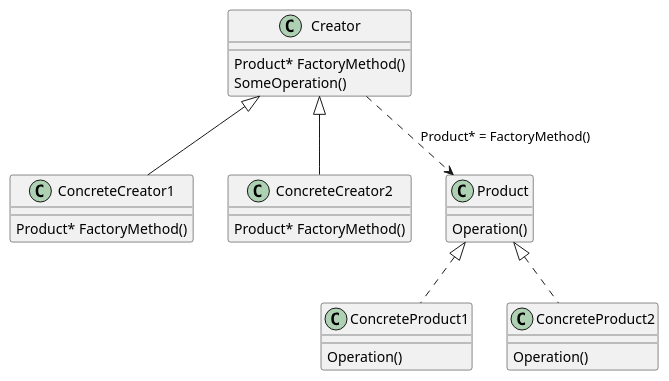
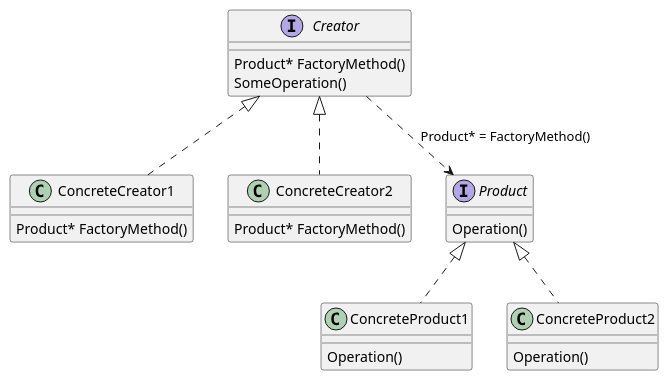
One commit to alphajayGithub/devDemos changed the diagram in dev_demo/designPattern/factory/factory.puml. Above: the diagram before and after it, drawn with PlantUML. The commit also changed 11 other files, not shown here.

```diff
--- a/dev_demo/designPattern/factory/factory.puml
+++ b/dev_demo/designPattern/factory/factory.puml
@@ -1,36 +1,36 @@
 @startuml
 
-Creator <|-- ConcreteCreator1
-Creator <|-- ConcreteCreator2
+Creator <|.. ConcreteCreator1
+Creator <|.. ConcreteCreator2
 
 Product <|.. ConcreteProduct1
 Product <|.. ConcreteProduct2
 
 Creator ..> Product : Product* = FactoryMethod()
 
-class Product{
+interface Product{
     Operation()
 }
 class ConcreteProduct1{
    Operation()
 }
 
 class ConcreteProduct2{
    Operation()
 }
 
-class Creator {
+interface Creator {
     Product* FactoryMethod()
     SomeOperation()
 }
 
 class ConcreteCreator1 {
     Product* FactoryMethod()
 }
 
 class ConcreteCreator2 {
     Product* FactoryMethod()
 }
 
 
 @enduml
```
